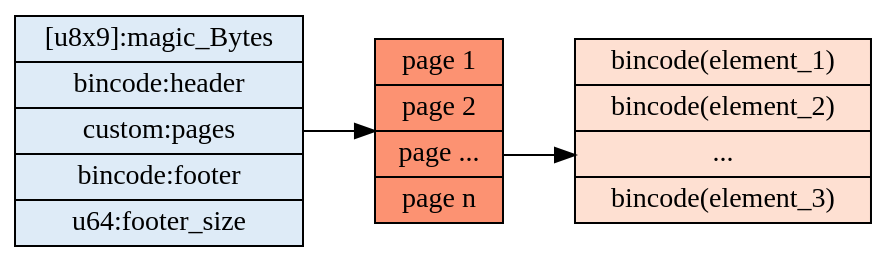
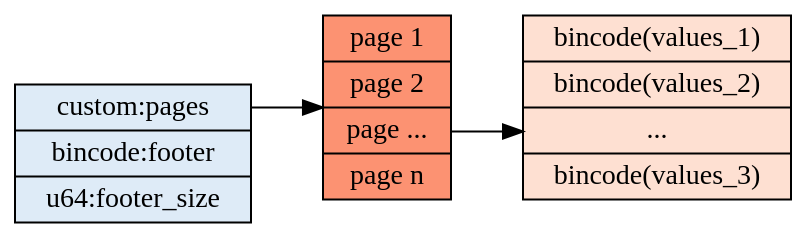
One commit to wmedrano/wills-columnar-format changed the fourth of 7 diagrams in wills-columnar-format.org. Above: the diagram before and after it, drawn with Graphviz. The commit also changed other lines of this file and 8 other files, not shown here.

Commit message:
Move header items to footer.

```diff
--- a/wills-columnar-format.org
+++ b/wills-columnar-format.org
@@ -784,12 +658,12 @@
 #+BEGIN_SRC dot :file images/format-diagram-pages.png :exports results
   digraph Pages {
       bgcolor="transparent";
       node[colorscheme=blues3, fillcolor=1, color=black, style=filled, shape=record, fontname="fira code"];
       rankdir="LR";
-      overview[label="[u8x9]:magic_Bytes|bincode:header|<pages>custom:pages|bincode:footer|u64:footer_size"];
+      overview[label="<pages>custom:pages|bincode:footer|u64:footer_size"];
       overview:pages -> pages;
       pages[label="page 1|page 2|<page_3>page ...|page n", colorscheme=reds3, fillcolor=2];
-      pages:page_3 -> page:element_3;
-      page[label="bincode(element_1)|bincode(element_2)|<element_3>...|bincode(element_3)", colorscheme=reds3];
+      pages:page_3 -> page:values_3;
+      page[label="bincode(values_1)|bincode(values_2)|<values_3>...|bincode(values_3)", colorscheme=reds3];
   }
 #+END_SRC
```
